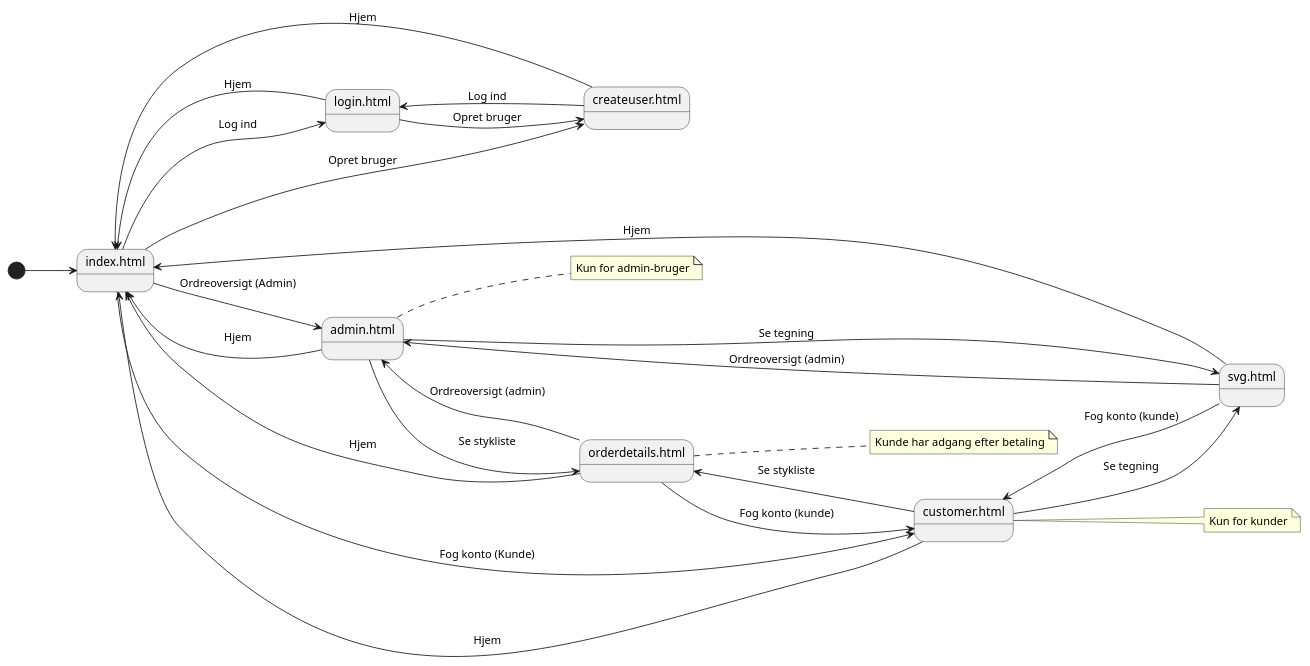
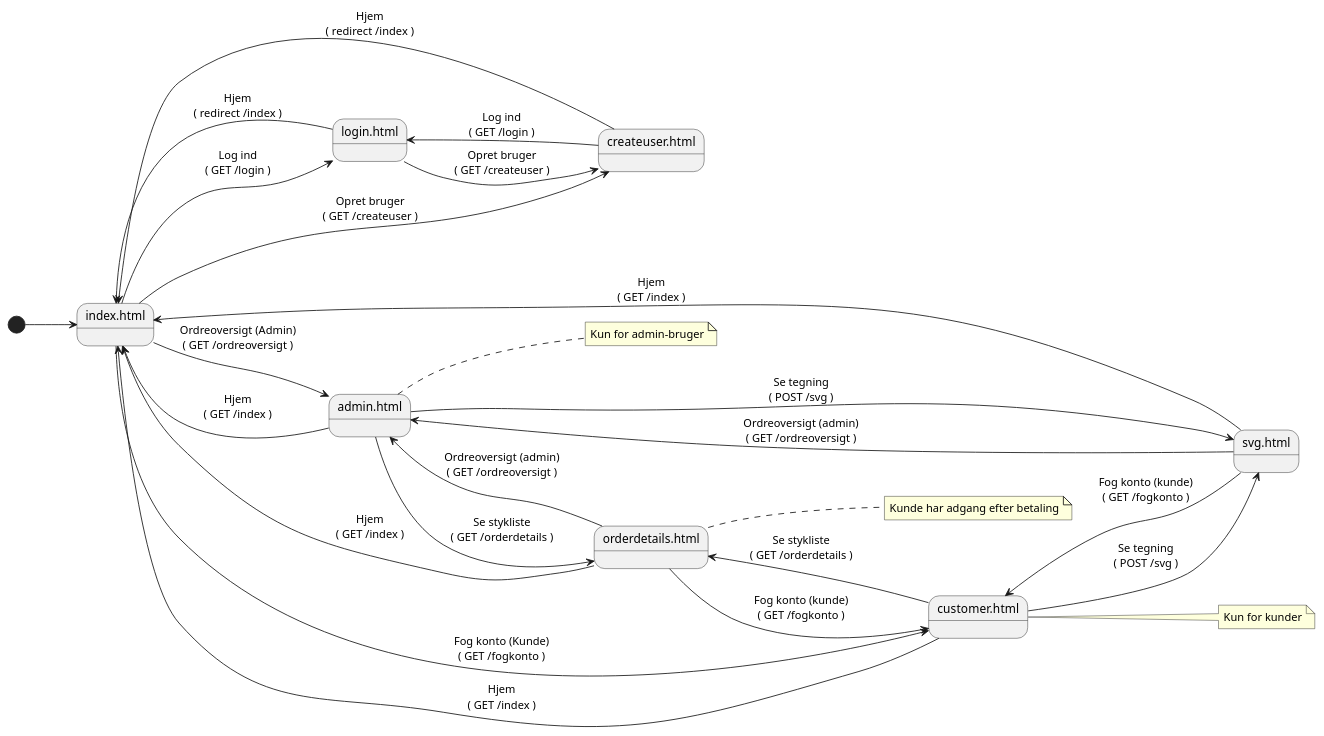
The diagram in docs/navigation_diagram.puml (Mikkel-ao/Carport), drawn with PlantUML before and after one commit. The commit also changed 2 other files, not shown here.

Commit message:
Added routes to navigation diagrams. Fixed minor error in tests

```diff
--- a/docs/navigation_diagram.puml
+++ b/docs/navigation_diagram.puml
@@ -1,60 +1,61 @@
 @startuml
 left to right direction
 
 [*] --> Index
 
 state "index.html" as Index
 state "login.html" as Login
 state "createuser.html" as Opret
 
 ' Admin
 state "admin.html" as Admin
 state "orderdetails.html" as OrderDetails
 
 ' Kunde
 state "customer.html" as Customer
 
 ' SVG
 state "svg.html" as SVG
 
-Index --> Login : Log ind
-Index --> Opret : Opret bruger
-Index --> Admin : Ordreoversigt (Admin)
-Index --> Customer : Fog konto (Kunde)
+' Navigation from Index
+Index --> Login : Log ind\n( GET /login )
+Index --> Opret : Opret bruger\n( GET /createuser )
+Index --> Admin : Ordreoversigt (Admin)\n( GET /ordreoversigt )
+Index --> Customer : Fog konto (Kunde)\n( GET /fogkonto )
 
 ' Login & Opret navigation
-Login --> Opret : Opret bruger
-Login --> Index : Hjem
-Opret --> Login : Log ind
-Opret --> Index : Hjem
+Login --> Opret : Opret bruger\n( GET /createuser )
+Login --> Index : Hjem\n( redirect /index )
+Opret --> Login : Log ind\n( GET /login )
+Opret --> Index : Hjem\n( redirect /index )
 
 ' Admin navigation
-Admin --> SVG : Se tegning
-Admin --> OrderDetails : Se stykliste
-Admin --> Index : Hjem
+Admin --> SVG : Se tegning\n( POST /svg )
+Admin --> OrderDetails : Se stykliste\n( GET /orderdetails )
+Admin --> Index : Hjem\n( GET /index )
 note right of Admin
   Kun for admin-bruger
 end note
 
 ' Customer navigation
-Customer --> SVG : Se tegning
-Customer --> OrderDetails : Se stykliste
-Customer --> Index : Hjem
+Customer --> SVG : Se tegning\n( POST /svg )
+Customer --> OrderDetails : Se stykliste\n( GET /orderdetails )
+Customer --> Index : Hjem\n( GET /index )
 note right of Customer
   Kun for kunder
 end note
 
 ' SVG navigation
-SVG --> Admin : Ordreoversigt (admin)
-SVG --> Customer : Fog konto (kunde)
-SVG --> Index : Hjem
+SVG --> Admin : Ordreoversigt (admin)\n( GET /ordreoversigt )
+SVG --> Customer : Fog konto (kunde)\n( GET /fogkonto )
+SVG --> Index : Hjem\n( GET /index )
 
 ' OrderDetails navigation
-OrderDetails --> Admin : Ordreoversigt (admin)
-OrderDetails --> Customer : Fog konto (kunde)
-OrderDetails --> Index : Hjem
+OrderDetails --> Admin : Ordreoversigt (admin)\n( GET /ordreoversigt )
+OrderDetails --> Customer : Fog konto (kunde)\n( GET /fogkonto )
+OrderDetails --> Index : Hjem\n( GET /index )
 note right of OrderDetails
   Kunde har adgang efter betaling
 end note
 
 @enduml
```
